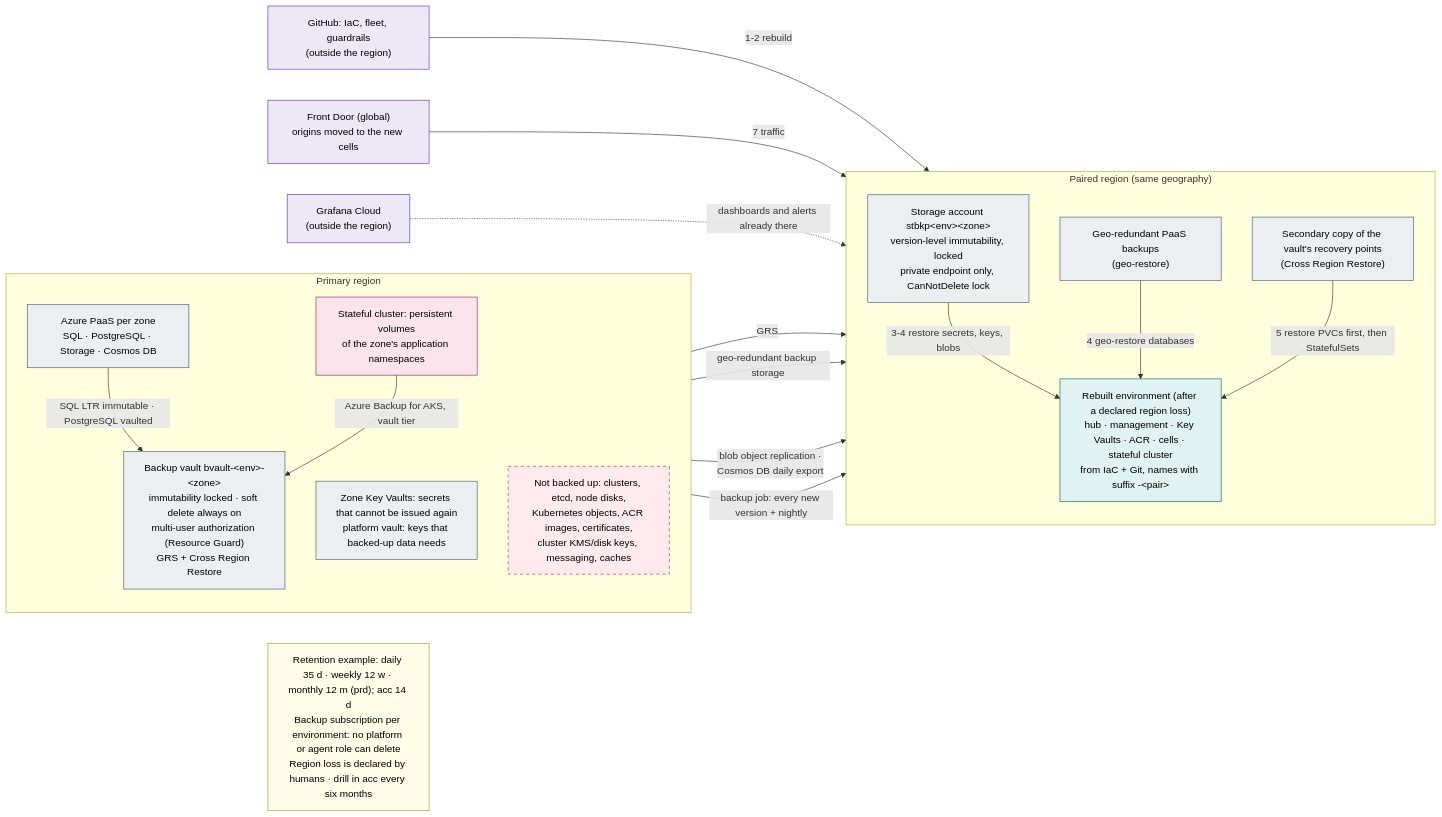
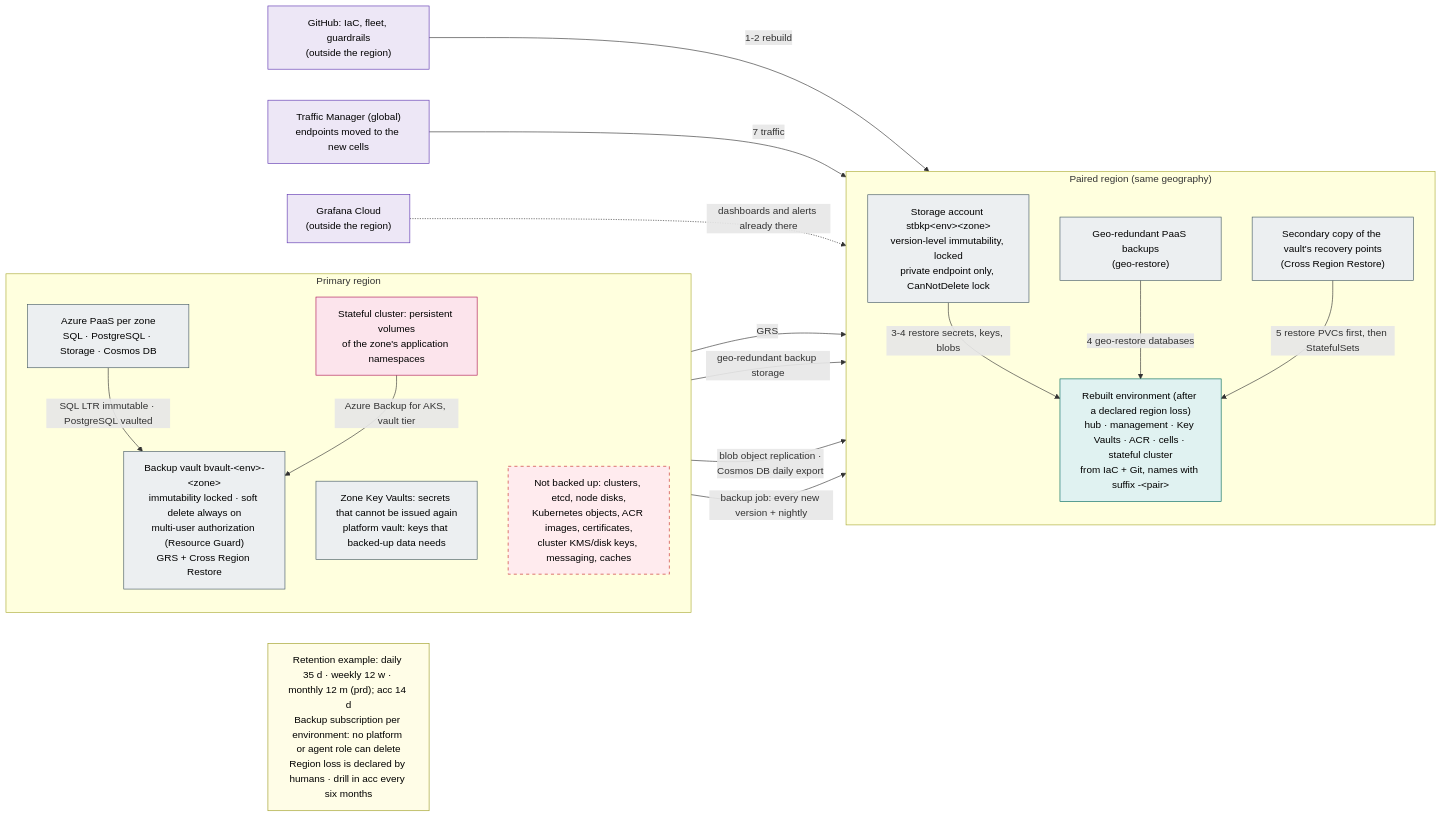
One commit to onek8s/onek8s.github.io changed the diagram in diagrams/20-backup-region-recovery.mmd. Above: the diagram before and after it, drawn with Mermaid. The commit also changed 28 other files, not shown here.

```diff
--- a/diagrams/20-backup-region-recovery.mmd
+++ b/diagrams/20-backup-region-recovery.mmd
@@ -1,52 +1,52 @@
 %% Backup and region recovery: only persistent data is backed up, immutably, into the paired region;
 %% clusters and everything else are rebuilt there from IaC and Git.
 flowchart LR
     subgraph PRI["Primary region"]
         direction TB
         paas["Azure PaaS per zone<br/>SQL · PostgreSQL · Storage · Cosmos DB"]
         pv["Stateful cluster: persistent volumes<br/>of the zone's application namespaces"]
         kv["Zone Key Vaults: secrets that cannot be issued again<br/>platform vault: keys that backed-up data needs"]
         bv["Backup vault bvault-&lt;env&gt;-&lt;zone&gt;<br/>immutability locked · soft delete always on<br/>multi-user authorization (Resource Guard)<br/>GRS + Cross Region Restore"]
         rebuilt["Not backed up: clusters, etcd, node disks,<br/>Kubernetes objects, ACR images, certificates,<br/>cluster KMS/disk keys, messaging, caches"]
     end
 
     subgraph PAIR["Paired region (same geography)"]
         direction TB
         st["Storage account stbkp&lt;env&gt;&lt;zone&gt;<br/>version-level immutability, locked<br/>private endpoint only, CanNotDelete lock"]
         crr["Secondary copy of the vault's recovery points<br/>(Cross Region Restore)"]
         geo["Geo-redundant PaaS backups<br/>(geo-restore)"]
         dr["Rebuilt environment (after a declared region loss)<br/>hub · management · Key Vaults · ACR · cells · stateful cluster<br/>from IaC + Git, names with suffix -&lt;pair&gt;"]
     end
 
     git["GitHub: IaC, fleet, guardrails<br/>(outside the region)"]
     gc["Grafana Cloud<br/>(outside the region)"]
-    fd["Front Door (global)<br/>origins moved to the new cells"]
+    fd["Traffic Manager (global)<br/>endpoints moved to the new cells"]
 
     paas -->|"SQL LTR immutable · PostgreSQL vaulted"| bv
     pv -->|"Azure Backup for AKS, vault tier"| bv
     bv -->|"GRS"| crr
     paas -->|"geo-redundant backup storage"| geo
     paas -->|"blob object replication ·<br/>Cosmos DB daily export"| st
     kv -->|"backup job: every new version + nightly"| st
 
     git -->|"1-2 rebuild"| dr
     st -->|"3-4 restore secrets, keys, blobs"| dr
     geo -->|"4 geo-restore databases"| dr
     crr -->|"5 restore PVCs first, then StatefulSets"| dr
     fd -->|"7 traffic"| dr
     gc -.->|"dashboards and alerts already there"| dr
 
     note["Retention example: daily 35 d · weekly 12 w · monthly 12 m (prd); acc 14 d<br/>Backup subscription per environment: no platform or agent role can delete<br/>Region loss is declared by humans · drill in acc every six months"]
 
     classDef cp fill:#eceff1,stroke:#455a64,color:#000
     classDef sf fill:#fce4ec,stroke:#ad1457,color:#000
     classDef hub fill:#ede7f6,stroke:#5e35b1,color:#000
     classDef sl fill:#e0f2f1,stroke:#00695c,color:#000
     classDef note fill:#fffde7,stroke:#9e9d24,color:#000
     classDef blocked fill:#ffebee,stroke:#c62828,color:#000,stroke-dasharray: 5 5
     class paas,kv,bv,st,crr,geo cp
     class pv sf
     class dr sl
     class git,gc,fd hub
     class rebuilt blocked
     class note note
```
